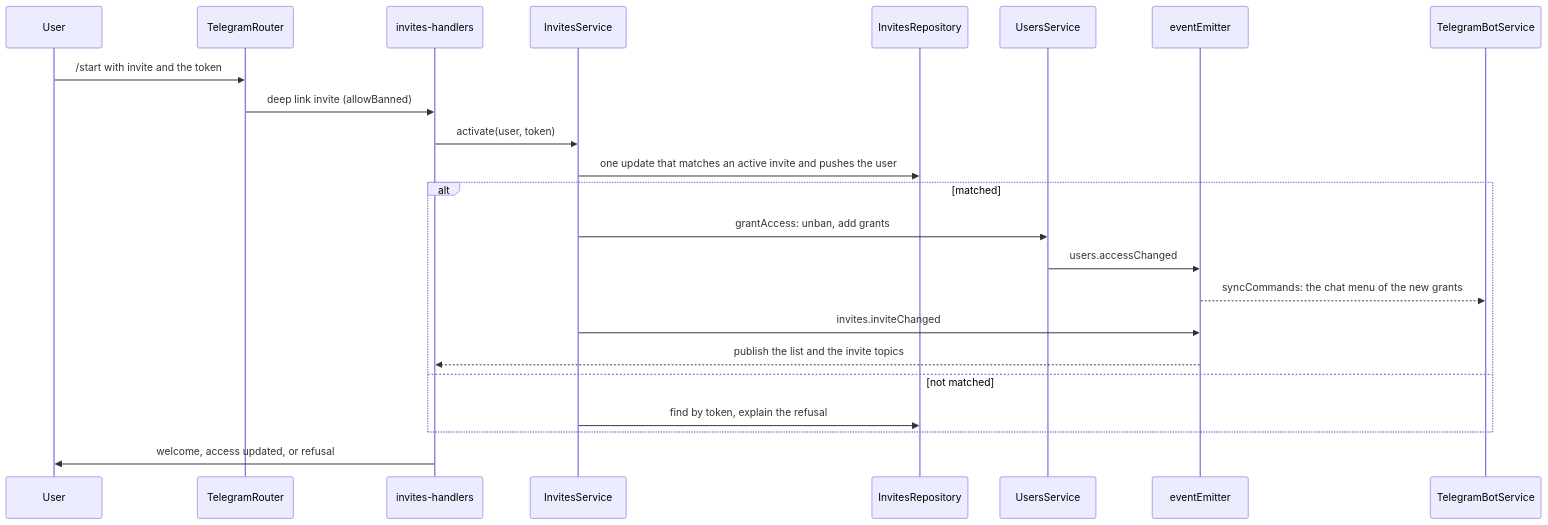
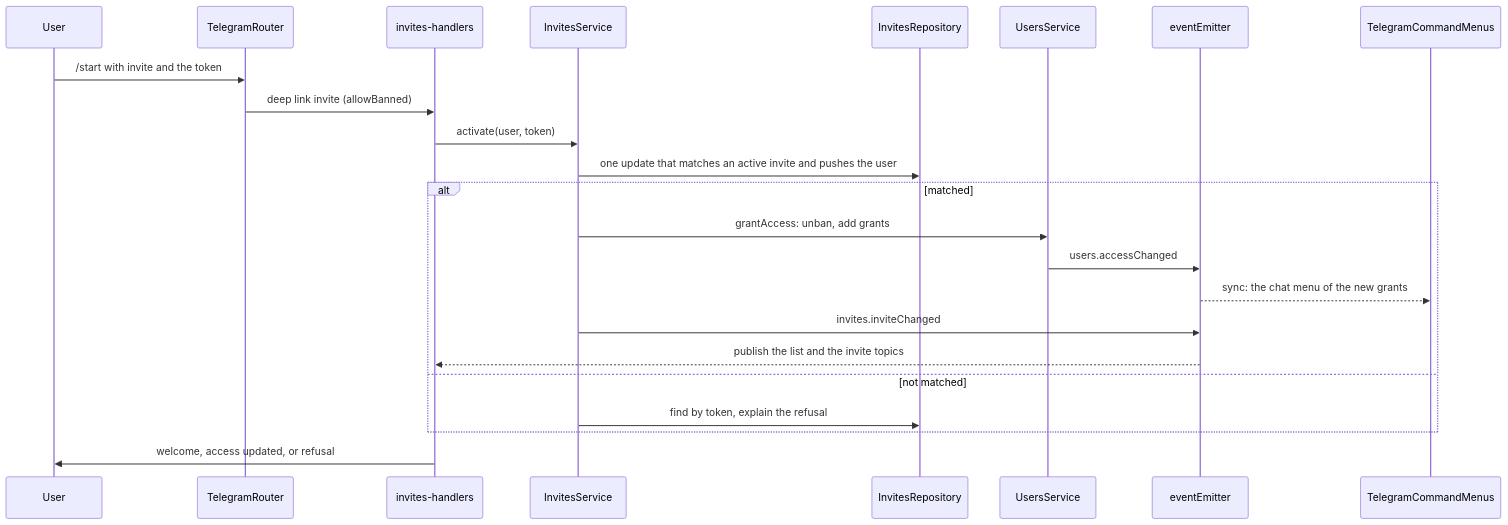
The first of 2 diagrams in apps/server/src/plugins/app/invites/README.md (ayuvlasenko/smart-assistant), drawn with Mermaid before and after one commit. The commit also changed 19 other files, not shown here.

````diff
--- a/apps/server/src/plugins/app/invites/README.md
+++ b/apps/server/src/plugins/app/invites/README.md
@@ -22,26 +22,26 @@
 ```mermaid
 sequenceDiagram
     participant U as User
     participant R as TelegramRouter
     participant H as invites-handlers
     participant S as InvitesService
     participant I as InvitesRepository
     participant Us as UsersService
     participant E as eventEmitter
-    participant B as TelegramBotService
+    participant B as TelegramCommandMenus
 
     U->>R: /start with invite and the token
     R->>H: deep link invite (allowBanned)
     H->>S: activate(user, token)
     S->>I: one update that matches an active invite and pushes the user
     alt matched
         S->>Us: grantAccess: unban, add grants
         Us->>E: users.accessChanged
-        E-->>B: syncCommands: the chat menu of the new grants
+        E-->>B: sync: the chat menu of the new grants
         S->>E: invites.inviteChanged
         E-->>H: publish the list and the invite topics
     else not matched
         S->>I: find by token, explain the refusal
     end
     H->>U: welcome, access updated, or refusal
 ```
````
